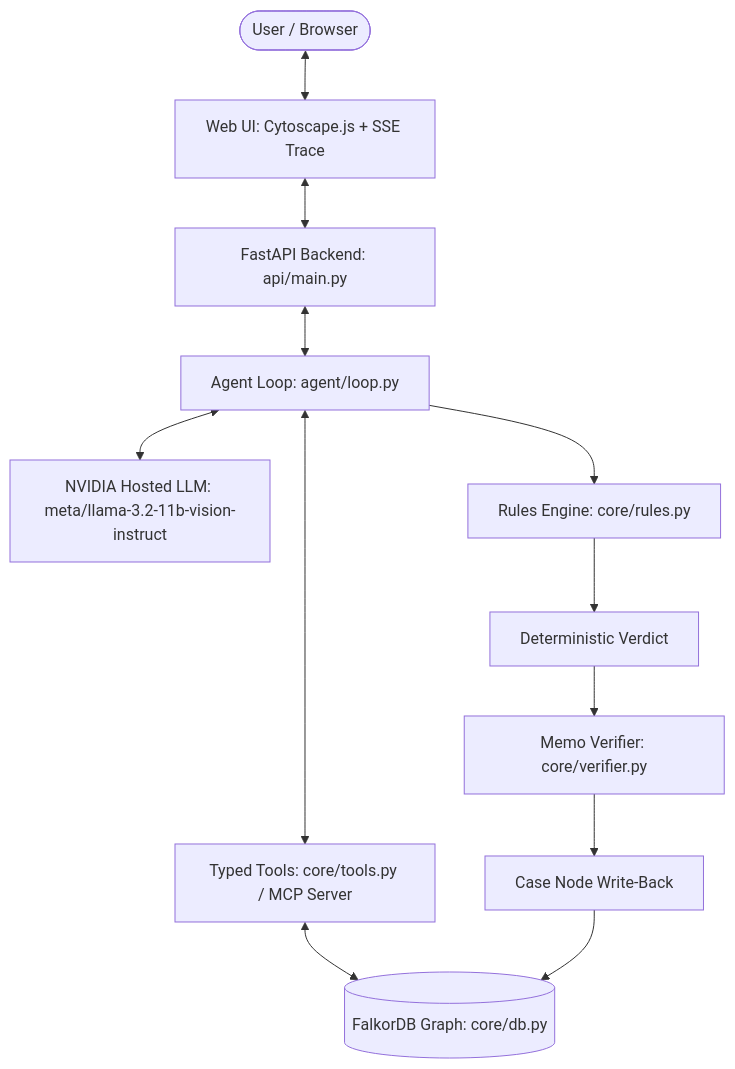
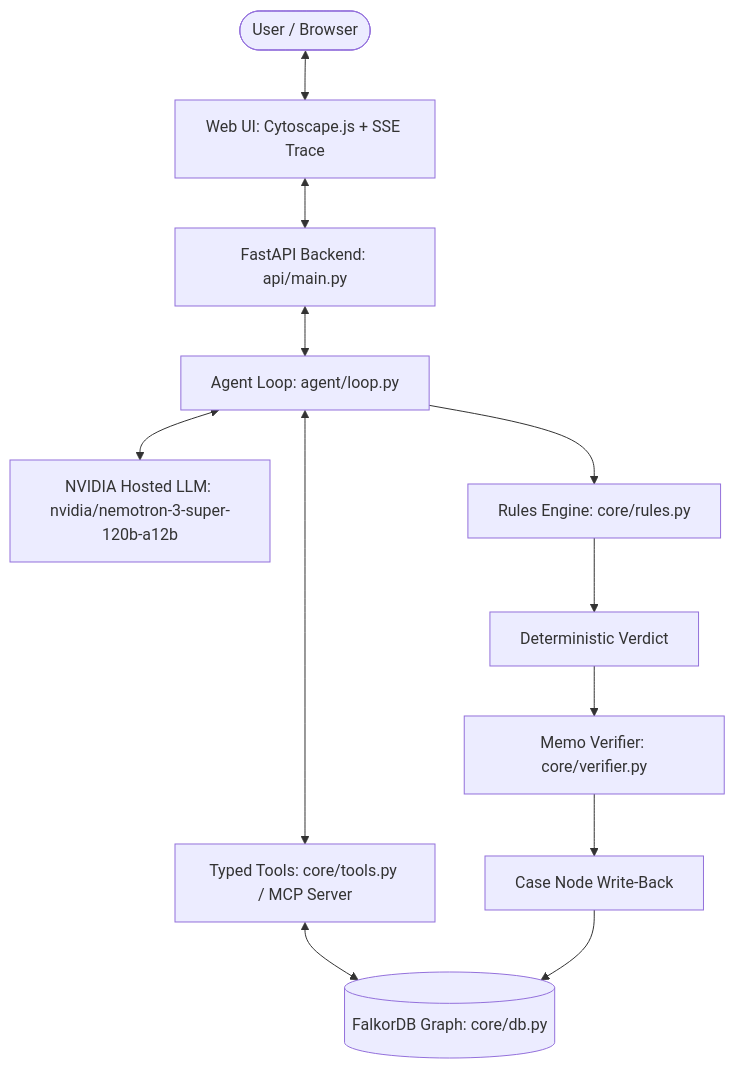
The first of 2 diagrams in README.md (GoDxVictoryRR/ACD-Agent), drawn with Mermaid before and after one commit. The commit also changed other lines of this file and 11 other files, not shown here.

````diff
--- a/README.md
+++ b/README.md
@@ -45,14 +64,14 @@
 ```mermaid
 graph TD
     User([User / Browser]) <--> UI[Web UI: Cytoscape.js + SSE Trace]
     UI <--> API[FastAPI Backend: api/main.py]
     API <--> Loop[Agent Loop: agent/loop.py]
-    Loop <--> LLM[NVIDIA Hosted LLM: meta/llama-3.2-11b-vision-instruct]
+    Loop <--> LLM[NVIDIA Hosted LLM: nvidia/nemotron-3-super-120b-a12b]
     Loop <--> Tools[Typed Tools: core/tools.py / MCP Server]
     Tools <--> DB[(FalkorDB Graph: core/db.py)]
     Loop --> Rules[Rules Engine: core/rules.py]
     Rules --> Verdict[Deterministic Verdict]
     Verdict --> Verifier[Memo Verifier: core/verifier.py]
     Verifier --> WriteBack[Case Node Write-Back]
     WriteBack --> DB
 ```
````
